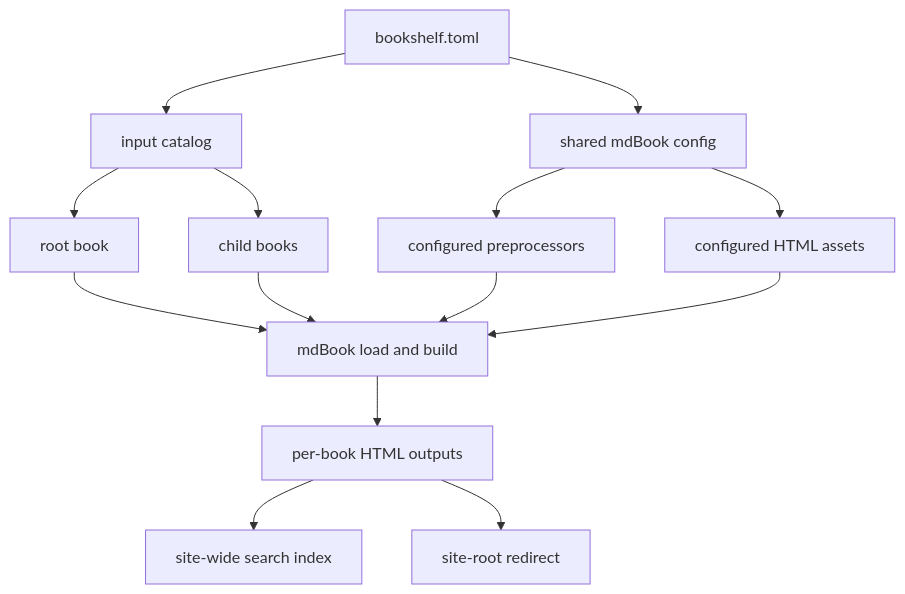
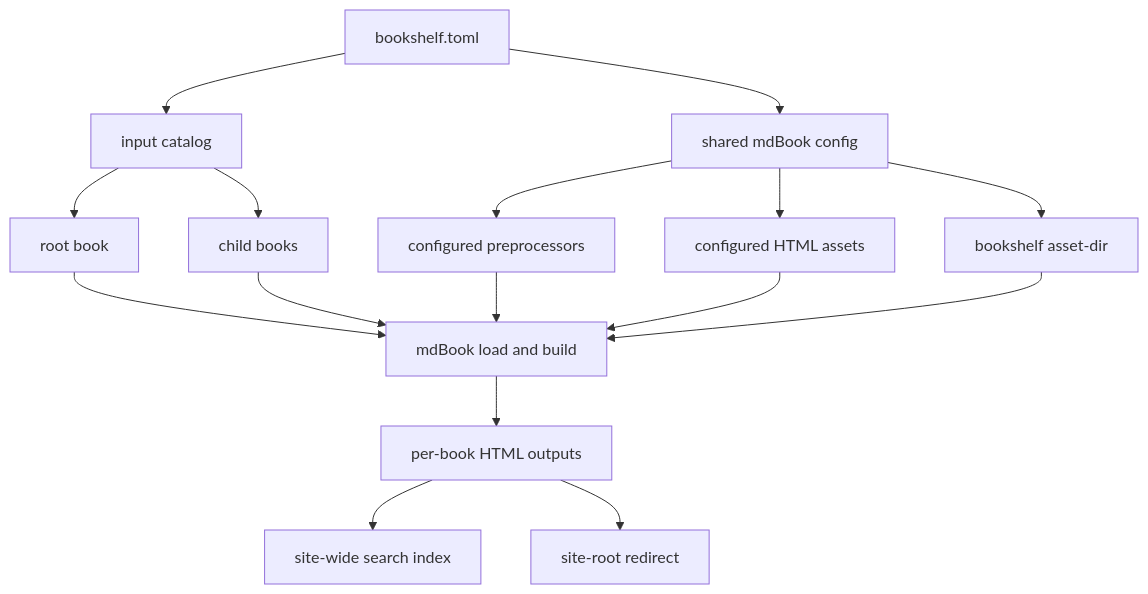
One commit to OptimalCNC/mdBook-bookshelf changed the diagram in docs/contributing.md. Above: the diagram before and after it, drawn with Mermaid. The commit also changed other lines of this file and 29 other files, not shown here.

Commit message:
Standardize bookshelf asset handling

````diff
--- a/docs/contributing.md
+++ b/docs/contributing.md
@@ -33,16 +33,18 @@
 ```mermaid
 flowchart TD
     Config["bookshelf.toml"] --> Catalog["input catalog"]
     Config --> SharedConfig["shared mdBook config"]
     SharedConfig --> Plugins["configured preprocessors"]
     SharedConfig --> Assets["configured HTML assets"]
+    SharedConfig --> RuntimeAssets["bookshelf asset-dir"]
     Catalog --> RootBook["root book"]
     Catalog --> ChildBooks["child books"]
     RootBook --> MdBook["mdBook load and build"]
     ChildBooks --> MdBook
     Plugins --> MdBook
     Assets --> MdBook
+    RuntimeAssets --> MdBook
     MdBook --> BookOutputs["per-book HTML outputs"]
     BookOutputs --> Search["site-wide search index"]
     BookOutputs --> Redirect["site-root redirect"]
 ```
````
